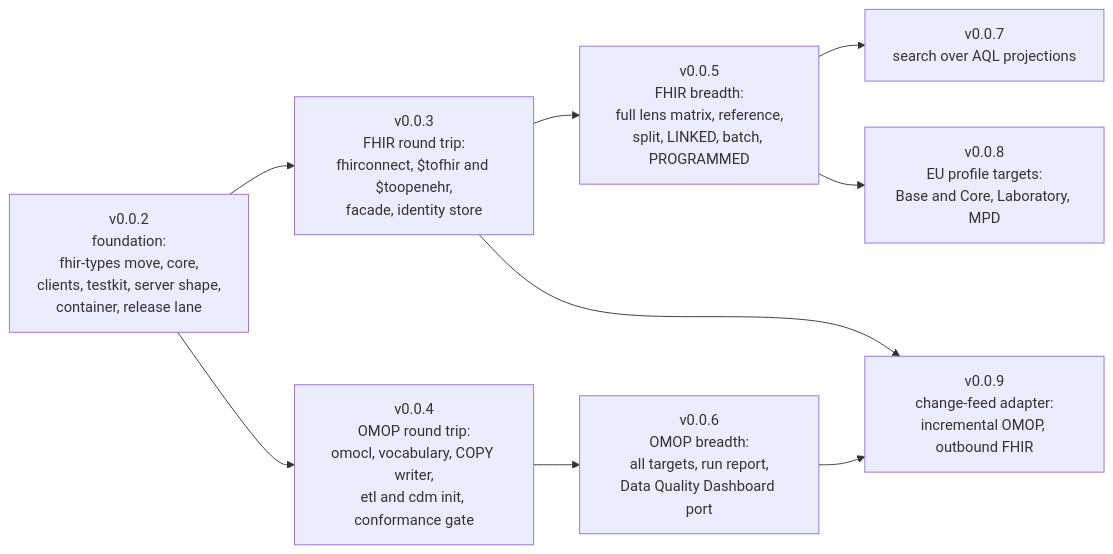
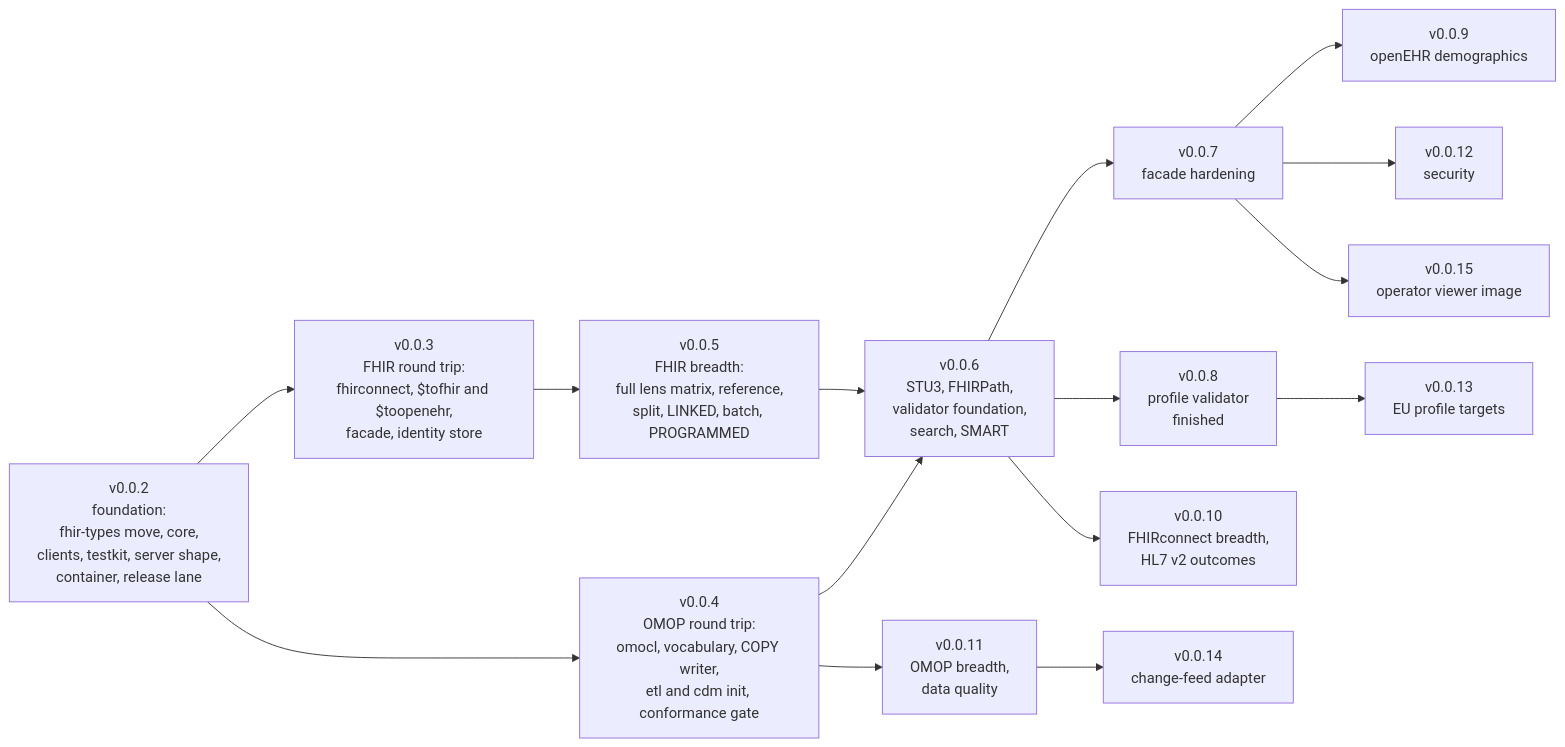
The tenth of 10 diagrams in docs/architecture.md (FerroHEALTH/FerroBRIDGE), drawn with Mermaid before and after one commit. The commit also changed other lines of this file and 1 other file, not shown here.

````diff
--- a/docs/architecture.md
+++ b/docs/architecture.md
@@ -1964,11 +1964,17 @@
 ```mermaid
 flowchart LR
     A["v0.0.2<br/>foundation:<br/>fhir-types move, core,<br/>clients, testkit, server shape,<br/>container, release lane"] --> B["v0.0.3<br/>FHIR round trip:<br/>fhirconnect, $tofhir and $toopenehr,<br/>facade, identity store"]
     A --> C["v0.0.4<br/>OMOP round trip:<br/>omocl, vocabulary, COPY writer,<br/>etl and cdm init, conformance gate"]
     B --> D["v0.0.5<br/>FHIR breadth:<br/>full lens matrix, reference,<br/>split, LINKED, batch, PROGRAMMED"]
-    C --> E["v0.0.6<br/>OMOP breadth:<br/>all targets, run report,<br/>Data Quality Dashboard port"]
-    D --> F["v0.0.7<br/>search over AQL projections"]
-    D --> G["v0.0.8<br/>EU profile targets:<br/>Base and Core, Laboratory, MPD"]
-    E --> H["v0.0.9<br/>change-feed adapter:<br/>incremental OMOP, outbound FHIR"]
-    B --> H
+    C --> E["v0.0.6<br/>STU3, FHIRPath,<br/>validator foundation,<br/>search, SMART"]
+    D --> E
+    E --> F["v0.0.7<br/>facade hardening"]
+    E --> G["v0.0.8<br/>profile validator<br/>finished"]
+    F --> H["v0.0.9<br/>openEHR demographics"]
+    E --> I["v0.0.10<br/>FHIRconnect breadth,<br/>HL7 v2 outcomes"]
+    C --> J["v0.0.11<br/>OMOP breadth,<br/>data quality"]
+    F --> K["v0.0.12<br/>security"]
+    G --> L["v0.0.13<br/>EU profile targets"]
+    J --> M["v0.0.14<br/>change-feed adapter"]
+    F --> N["v0.0.15<br/>operator viewer image"]
 ```
````
